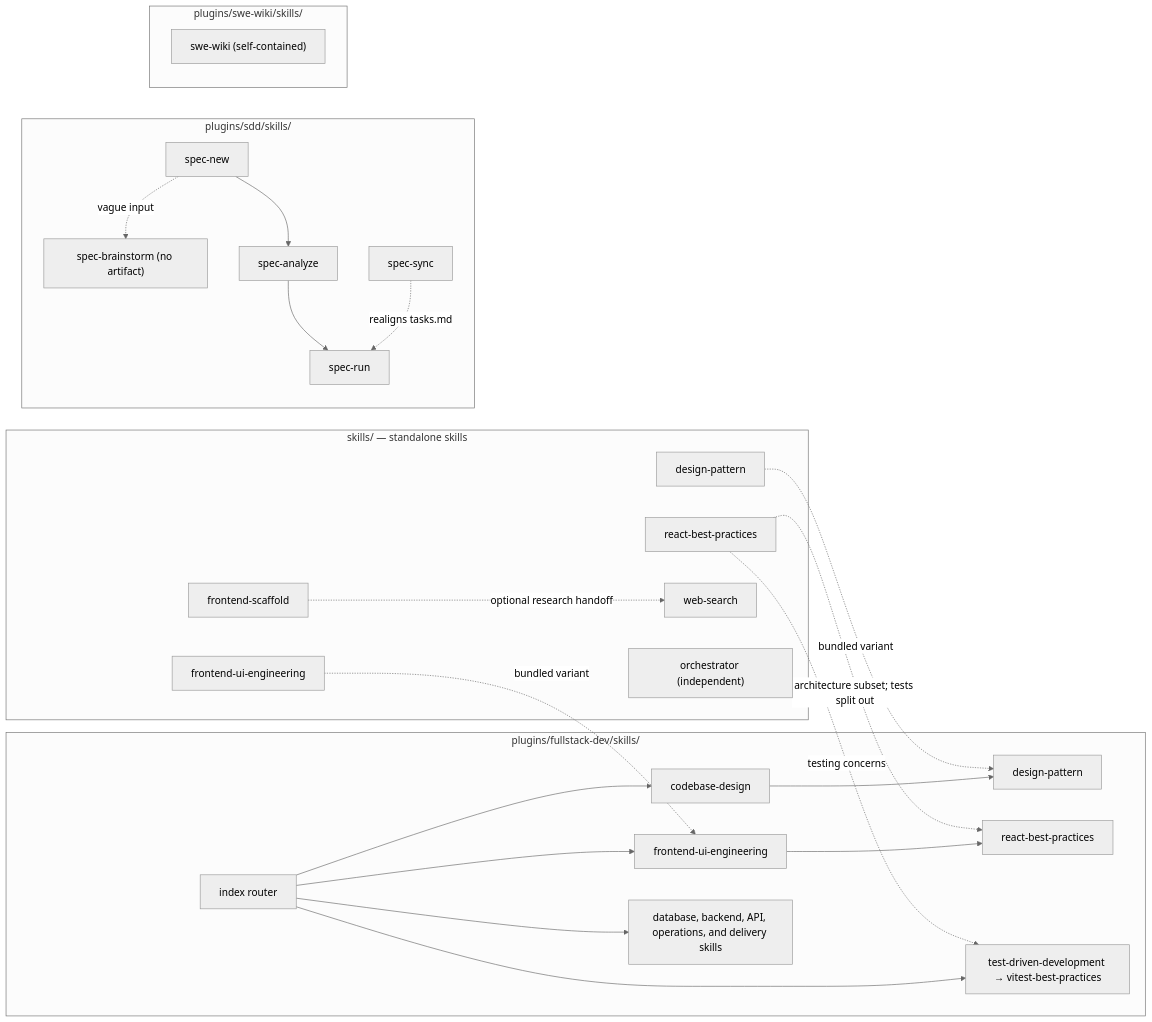
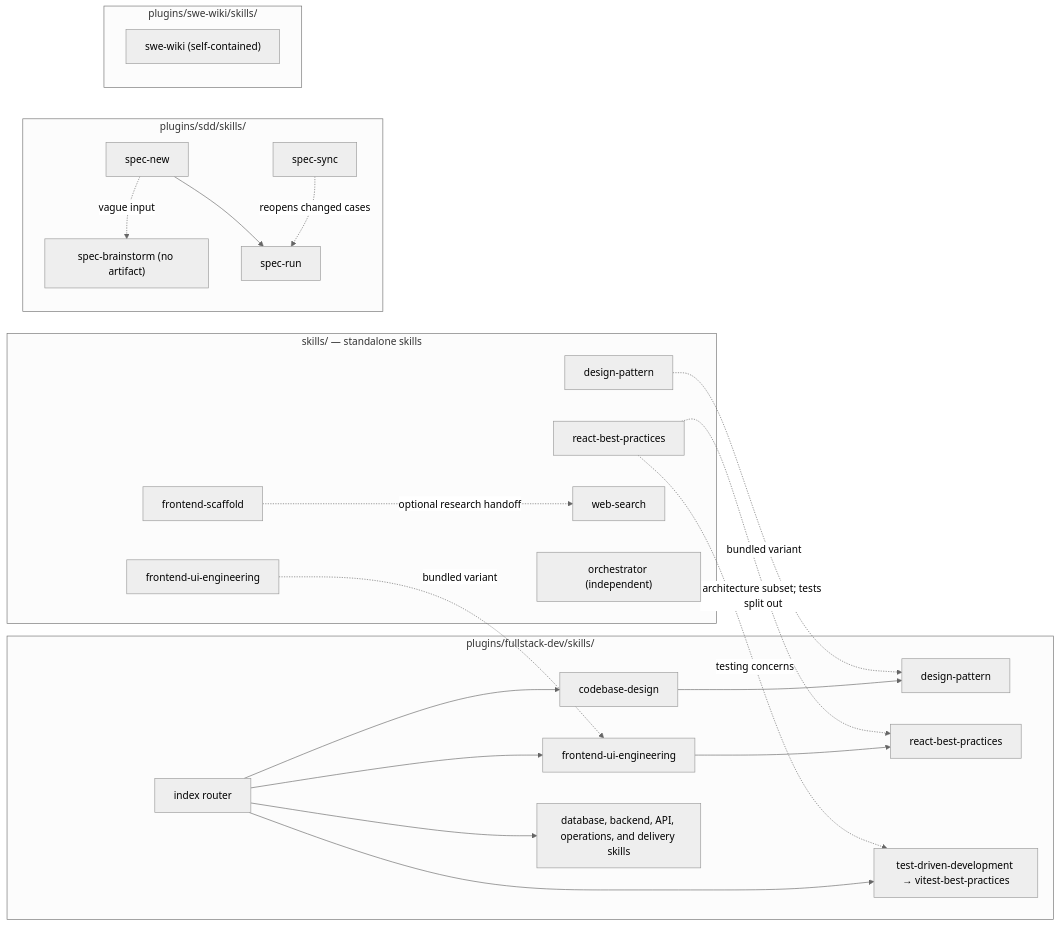
The diagram in AGENTS.md (dtgbao/agent-skills), drawn with Mermaid (neutral theme) before and after one commit. The commit also changed 51 other files, not shown here.

````diff
--- a/AGENTS.md
+++ b/AGENTS.md
@@ -16,48 +16,47 @@
 ```mermaid
 flowchart LR
     subgraph Standalone["skills/ — standalone skills"]
         SDesign["design-pattern"]
         SScaffold["frontend-scaffold"]
         SUI["frontend-ui-engineering"]
         SReact["react-best-practices"]
         SWeb["web-search"]
         SOrchestrator["orchestrator (independent)"]
     end
 
     subgraph Fullstack["plugins/fullstack-dev/skills/"]
         FIndex["index router"]
         FCodebase["codebase-design"]
         FDesign["design-pattern"]
         FUI["frontend-ui-engineering"]
         FReact["react-best-practices"]
         FTesting["test-driven-development → vitest-best-practices"]
         FOther["database, backend, API, operations, and delivery skills"]
 
         FIndex --> FCodebase --> FDesign
         FIndex --> FUI --> FReact
         FIndex --> FTesting
         FIndex --> FOther
     end
 
     subgraph SDD["plugins/sdd/skills/"]
         DBrain["spec-brainstorm (no artifact)"]
         DNew["spec-new"]
-        DAnalyze["spec-analyze"]
         DSync["spec-sync"]
         DRun["spec-run"]
 
         DNew -. "vague input" .-> DBrain
-        DNew --> DAnalyze --> DRun
-        DSync -. "realigns tasks.md" .-> DRun
+        DNew --> DRun
+        DSync -. "reopens changed cases" .-> DRun
     end
 
     subgraph Wiki["plugins/swe-wiki/skills/"]
         SWiki["swe-wiki (self-contained)"]
     end
 
     SScaffold -. "optional research handoff" .-> SWeb
     SDesign -. "bundled variant" .-> FDesign
     SUI -. "bundled variant" .-> FUI
     SReact -. "architecture subset; tests split out" .-> FReact
     SReact -. "testing concerns" .-> FTesting
 ```
````
